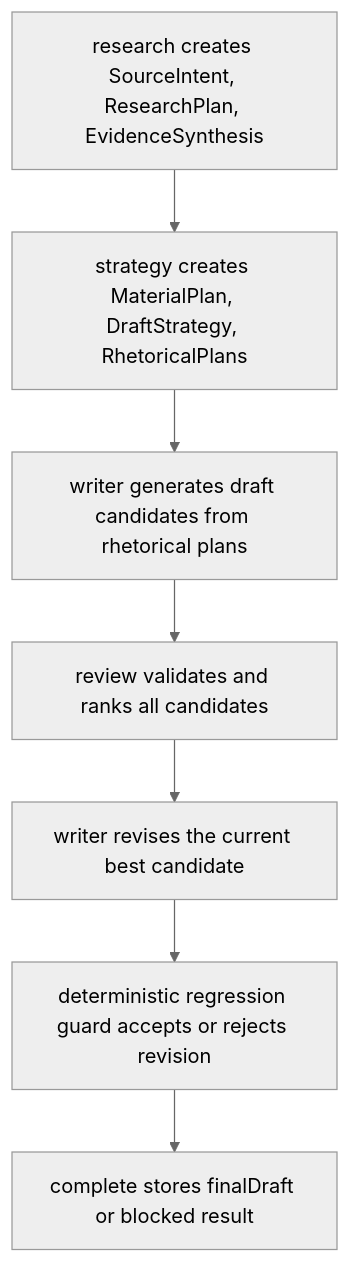
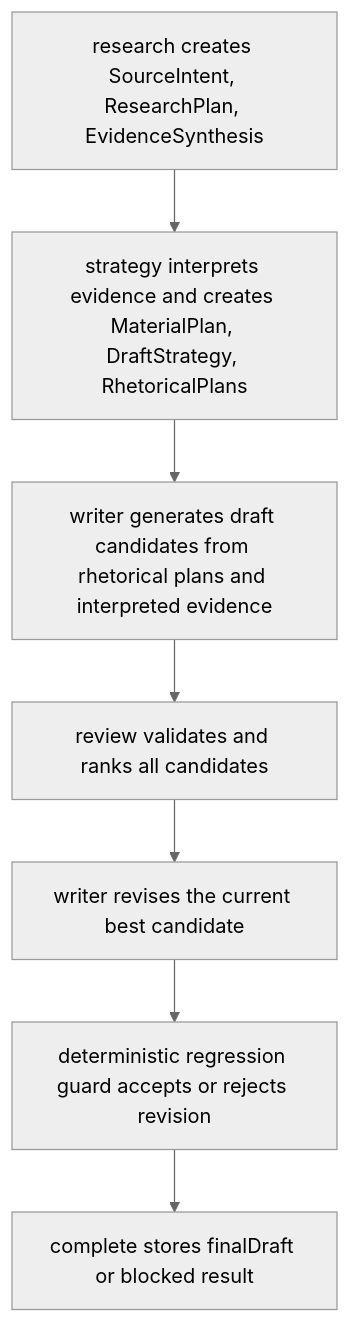
One commit to mudrezzz/glavred changed the third of 4 diagrams in docs/architecture/DRAFT_RUN_PIPELINE_AS_IS.md. Above: the diagram before and after it, drawn with Mermaid (neutral theme). The commit also changed other lines of this file and 23 other files, not shown here.

````diff
--- a/docs/architecture/DRAFT_RUN_PIPELINE_AS_IS.md
+++ b/docs/architecture/DRAFT_RUN_PIPELINE_AS_IS.md
@@ -556,9 +580,9 @@
 ```mermaid
 flowchart TD
-  A[research creates SourceIntent, ResearchPlan, EvidenceSynthesis] --> B[strategy creates MaterialPlan, DraftStrategy, RhetoricalPlans]
-  B --> C[writer generates draft candidates from rhetorical plans]
+  A[research creates SourceIntent, ResearchPlan, EvidenceSynthesis] --> B[strategy interprets evidence and creates MaterialPlan, DraftStrategy, RhetoricalPlans]
+  B --> C[writer generates draft candidates from rhetorical plans and interpreted evidence]
   C --> D[review validates and ranks all candidates]
   D --> E[writer revises the current best candidate]
   E --> F[deterministic regression guard accepts or rejects revision]
   F --> G[complete stores finalDraft or blocked result]
 ```
````
